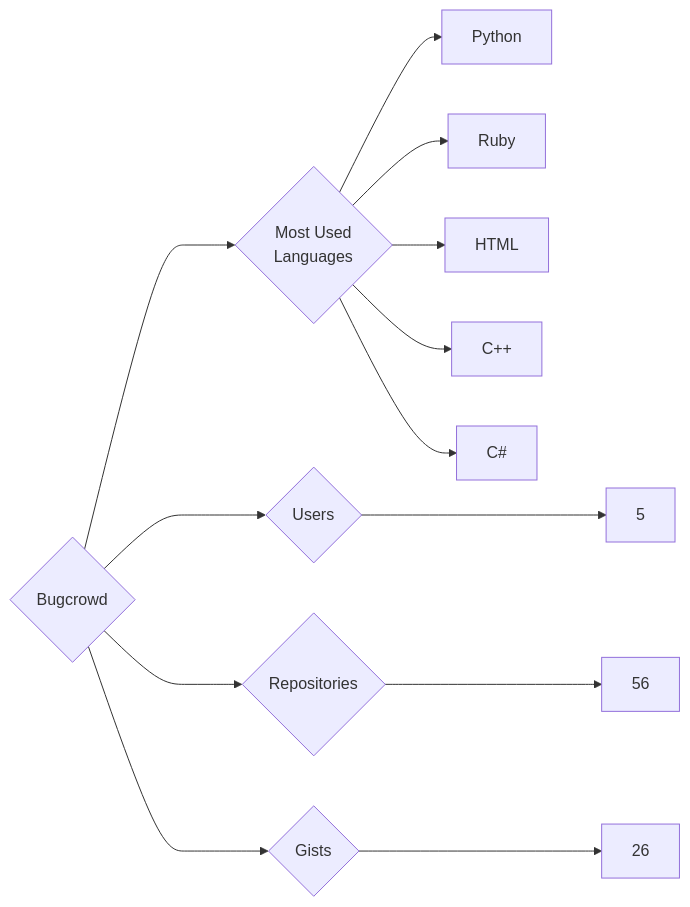
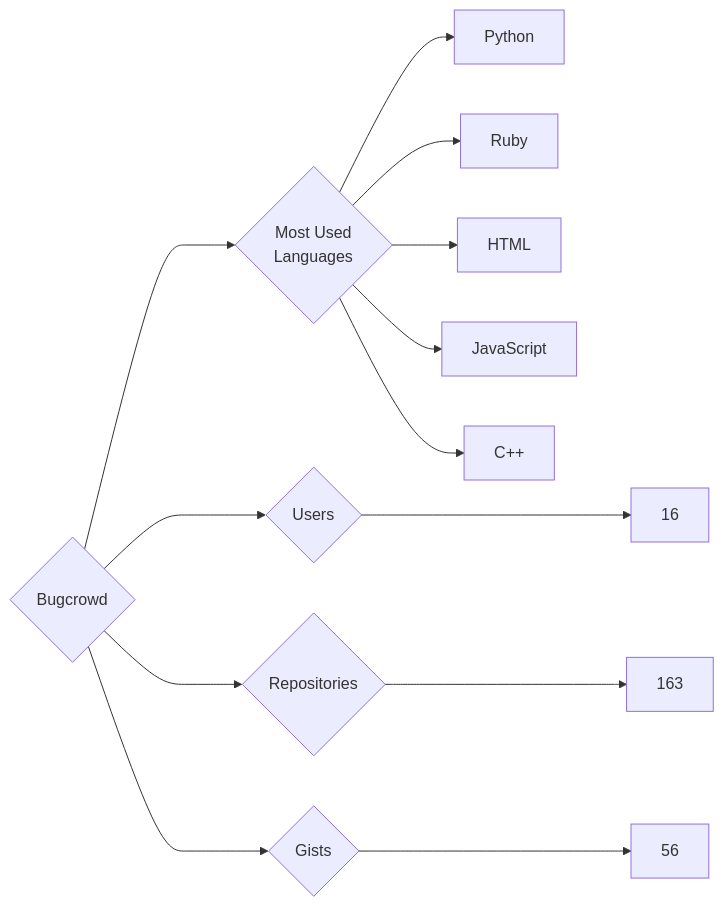
Before and after one commit to trickest/insiders: the diagram in targets/Bugcrowd/README.md, drawn with Mermaid. The commit also changed 676 other files, not shown here.

````diff
--- a/targets/Bugcrowd/README.md
+++ b/targets/Bugcrowd/README.md
@@ -3,13 +3,13 @@
 ```mermaid
 graph LR
 COMPANY_NAME{Bugcrowd}
-COMPANY_NAME ---> U{Users} ---> UN[5]
-COMPANY_NAME ---> R{Repositories} ---> RN[56]
-COMPANY_NAME ---> G{Gists} ---> GN[26]
+COMPANY_NAME ---> U{Users} ---> UN[16]
+COMPANY_NAME ---> R{Repositories} ---> RN[163]
+COMPANY_NAME ---> G{Gists} ---> GN[56]
 COMPANY_NAME ---> ML{Most Used<br>Languages}
 ML --> Python[Python]
 ML --> Ruby[Ruby]
 ML --> HTML[HTML]
+ML --> JavaScript[JavaScript]
 ML --> C++[C++]
-ML --> C#[C#]
 ```
````
